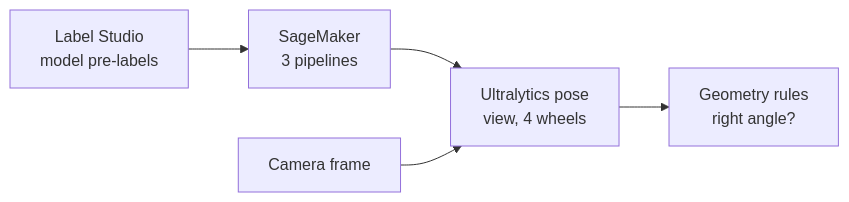
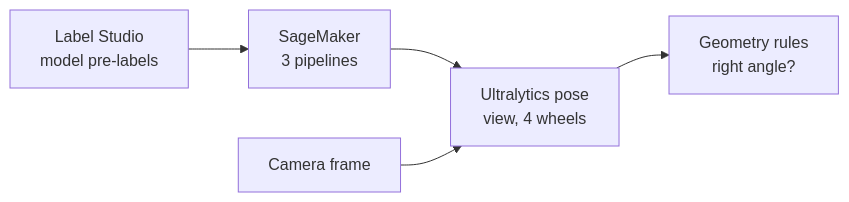
Before and after one commit to krishnapriyarajeev/krishnapriyarajeev: the third of 6 diagrams in README.md, drawn with Mermaid. The commit also changed other lines of this file, not shown here.

Commit message:
Keep diagram corners clear of GitHub's zoom buttons

````diff
--- a/README.md
+++ b/README.md
@@ -66,7 +68,9 @@
   ```mermaid
   flowchart LR
       v1["Label Studio<br/>model pre-labels"] --> v2["SageMaker<br/>3 pipelines"]
       v2 --> v3["Ultralytics pose<br/>view, 4 wheels"]
       v4["Camera frame"] --> v3
       v3 --> v5["Geometry rules<br/>right angle?"]
+      v3 ~~~ v9[" "]
+      style v9 fill:none,stroke:none
   ```
````
